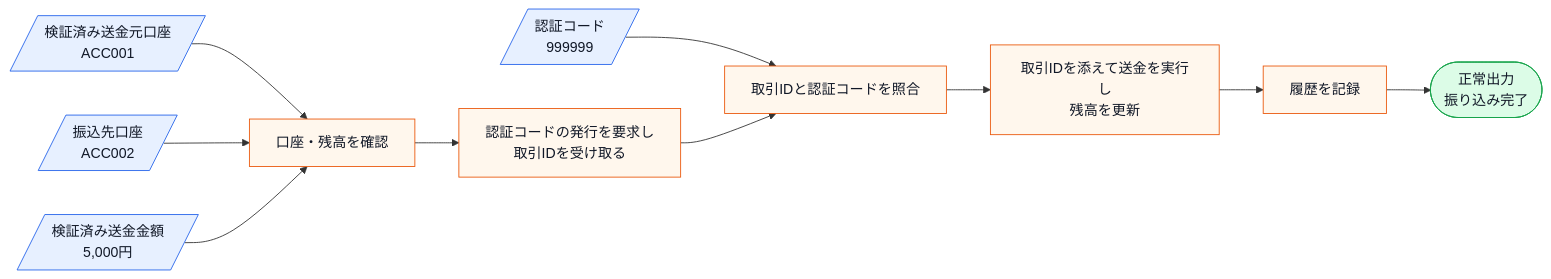
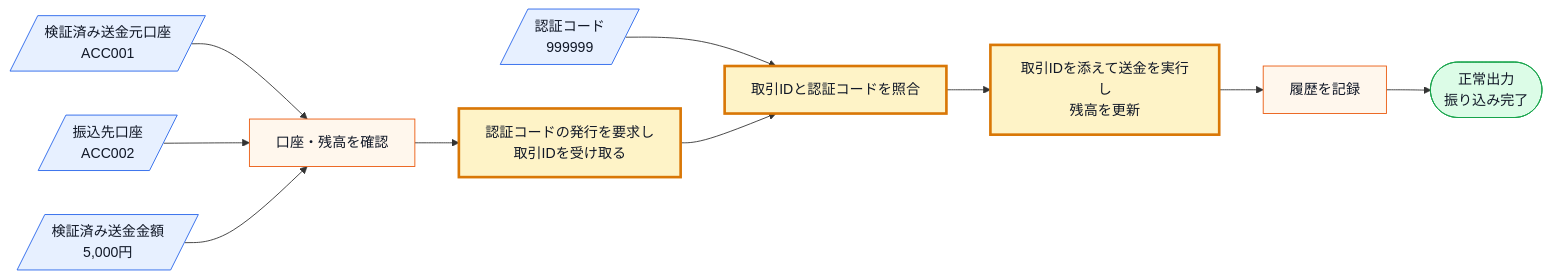
One commit to kumachan1101-pixel/DesignPattern changed the fifth of 18 diagrams in kindle/design-patterns/output/chapter02.md. Above: the diagram before and after it, drawn with Mermaid. The commit also changed other lines of this file and 21 other files, not shown here.

````diff
--- a/kindle/design-patterns/output/chapter02.md
+++ b/kindle/design-patterns/output/chapter02.md
@@ -775,18 +806,20 @@
 ```mermaid
 flowchart LR
     A[/検証済み送金元口座<br>ACC001/]:::input --> D[口座・残高を確認]:::process
     C[/振込先口座<br>ACC002/]:::input --> D
     E[/検証済み送金金額<br>5,000円/]:::input --> D
     D --> P[認証コードの発行を要求し<br>取引IDを受け取る]:::process
     F[/認証コード<br>999999/]:::input --> G
     P --> G[取引IDと認証コードを照合]:::process
     G --> H
     H[取引IDを添えて送金を実行し<br>残高を更新]:::process
     H --> I[履歴を記録]:::process
     I --> J([正常出力<br>振り込み完了]):::normal
 
     classDef input fill:#e7f0ff,stroke:#2563eb,color:#111827;
     classDef process fill:#fff7ed,stroke:#ea580c,color:#111827;
+    classDef changed fill:#fef3c7,stroke:#d97706,stroke-width:3px,color:#111827;
     classDef decision fill:#fef9c3,stroke:#ca8a04,color:#111827;
     classDef normal fill:#dcfce7,stroke:#16a34a,color:#111827;
+    class P,G,H changed;
 ```
````
